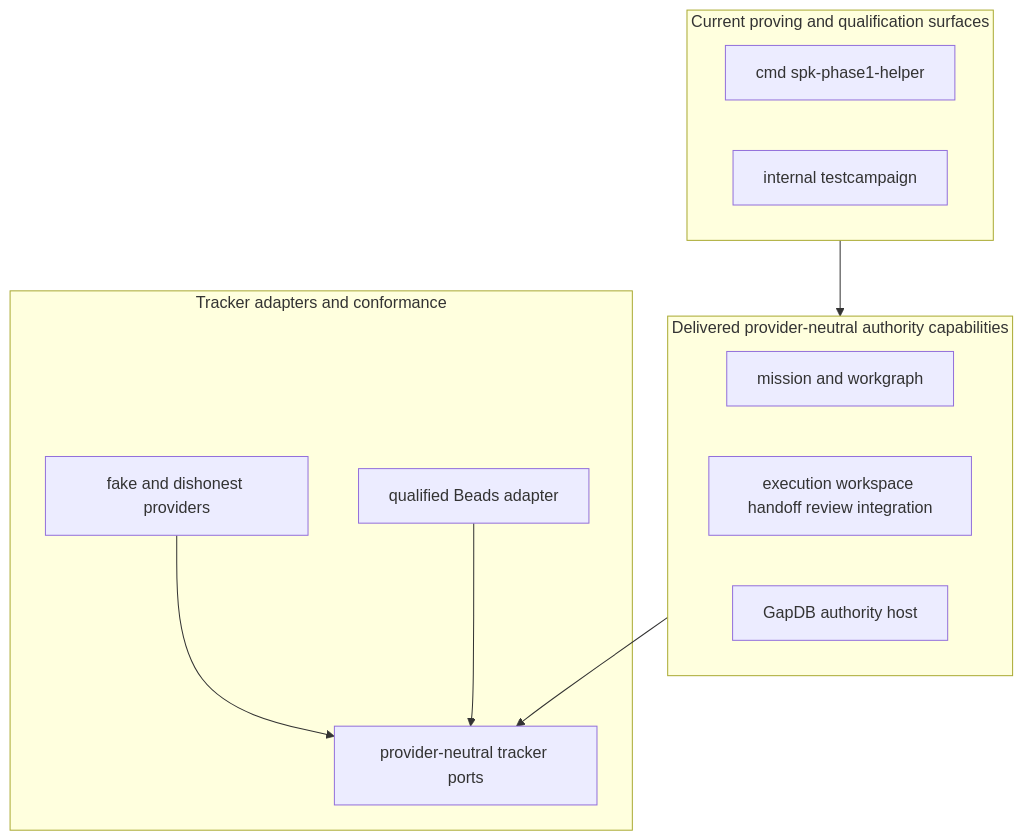
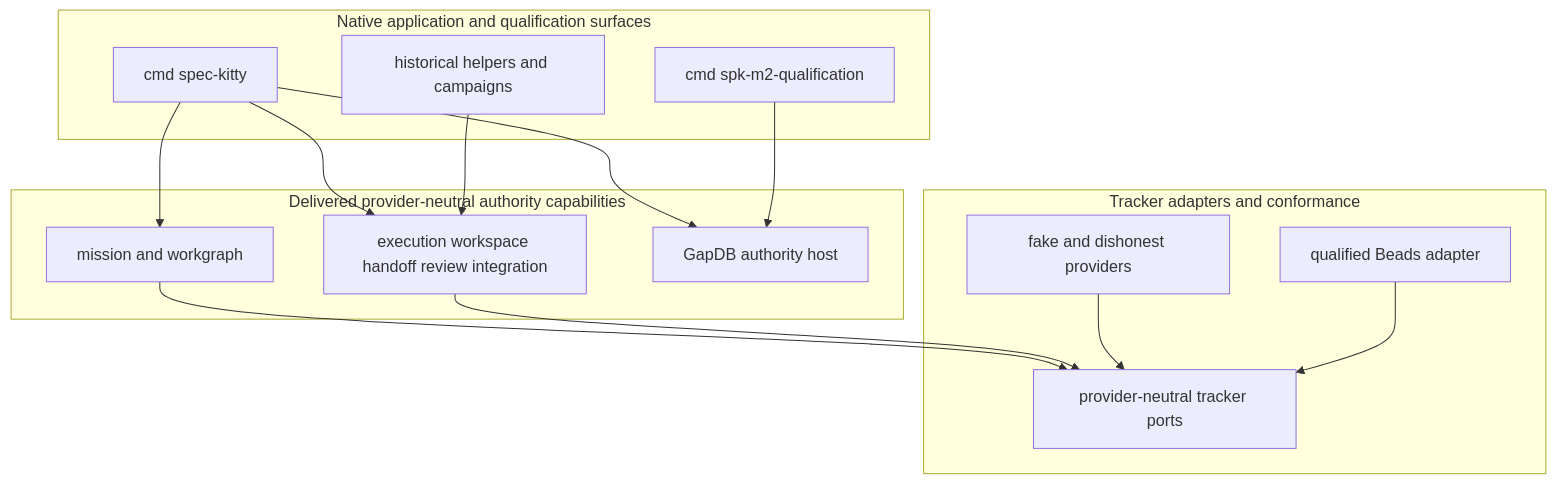
The second of 3 diagrams in README.md (Ivan-Melck/spec-kitty-go), drawn with Mermaid before and after one commit. The commit also changed other lines of this file and 49 other files, not shown here.

Commit message:
feat(m2): add crown qualification campaign

````diff
--- a/README.md
+++ b/README.md
@@ -129,24 +134,30 @@
 ```mermaid
 flowchart TB
-    subgraph Surface[Current proving and qualification surfaces]
-        Helper[cmd spk-phase1-helper]
-        Campaign[internal testcampaign]
+    subgraph Surface[Native application and qualification surfaces]
+        App[cmd spec-kitty]
+        Qualifier[cmd spk-m2-qualification]
+        Historical[historical helpers and campaigns]
     end
 
     subgraph Kernel[Delivered provider-neutral authority capabilities]
         Mission[mission and workgraph]
         Execution[execution workspace handoff review integration]
-		Store[GapDB authority host]
+        Store[GapDB authority host]
     end
 
     subgraph Providers[Tracker adapters and conformance]
         Ports[provider-neutral tracker ports]
         Fake[fake and dishonest providers]
         Beads[qualified Beads adapter]
     end
 
-    Surface --> Kernel
-    Kernel --> Ports
+    App --> Mission
+    App --> Execution
+    App --> Store
+    Qualifier --> Store
+    Historical --> Execution
+    Mission --> Ports
+    Execution --> Ports
     Fake --> Ports
     Beads --> Ports
 ```
````
